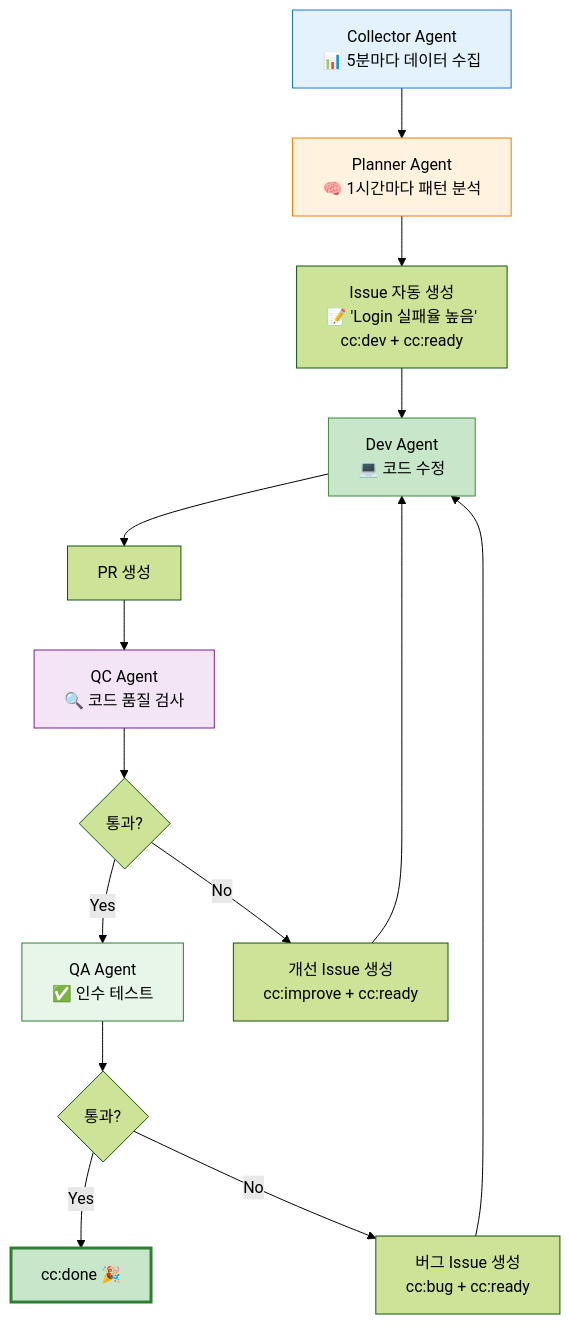
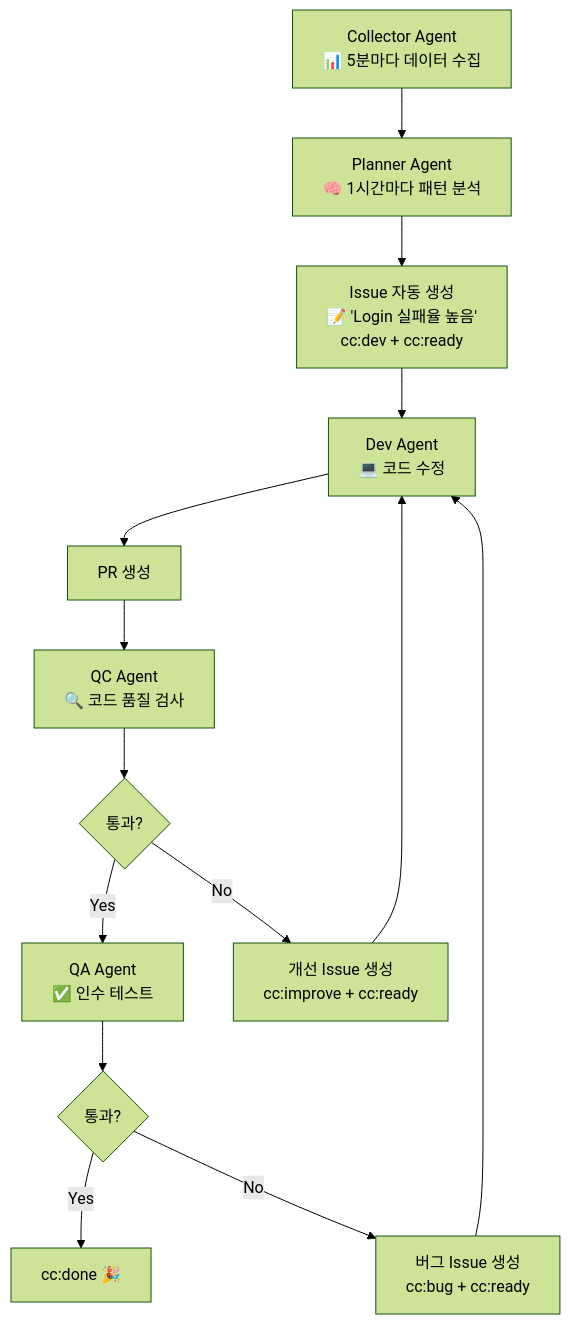
One commit to tykimos/assiharness changed the tenth of 17 diagrams in README.md. Above: the diagram before and after it, drawn with Mermaid (forest theme). The commit also changed other lines of this file, not shown here.

First line of the commit message:
fix: remove Mermaid style overrides for light/dark theme compatibility

````diff
--- a/README.md
+++ b/README.md
@@ -338,32 +316,26 @@
 ```mermaid
 graph TD
     A["Collector Agent
     📊 5분마다 데이터 수집"] --> B["Planner Agent
     🧠 1시간마다 패턴 분석"]
     B --> C["Issue 자동 생성
     📝 'Login 실패율 높음'
     cc:dev + cc:ready"]
     C --> D["Dev Agent
     💻 코드 수정"]
     D --> E["PR 생성"]
     E --> F["QC Agent
     🔍 코드 품질 검사"]
     F --> G{"통과?"}
     G -->|"Yes"| H["QA Agent
     ✅ 인수 테스트"]
     G -->|"No"| I["개선 Issue 생성
     cc:improve + cc:ready"]
     I --> D
     H --> J{"통과?"}
     J -->|"Yes"| K["cc:done 🎉"]
     J -->|"No"| L["버그 Issue 생성
     cc:bug + cc:ready"]
     L --> D
 
-    style A fill:#E3F2FD,stroke:#1976D2
-    style B fill:#FFF3E0,stroke:#F57C00
-    style D fill:#C8E6C9,stroke:#388E3C
-    style F fill:#F3E5F5,stroke:#7B1FA2
-    style H fill:#E8F5E9,stroke:#2E7D32
-    style K fill:#C8E6C9,stroke:#2E7D32,stroke-width:3px
 ```
````
